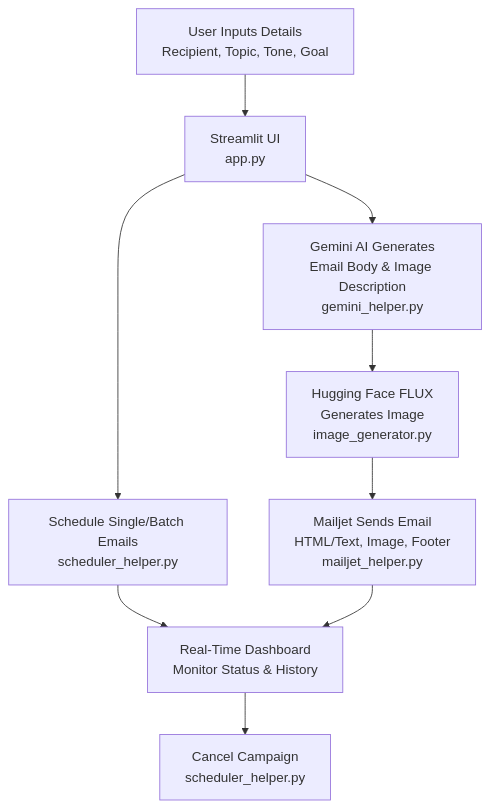
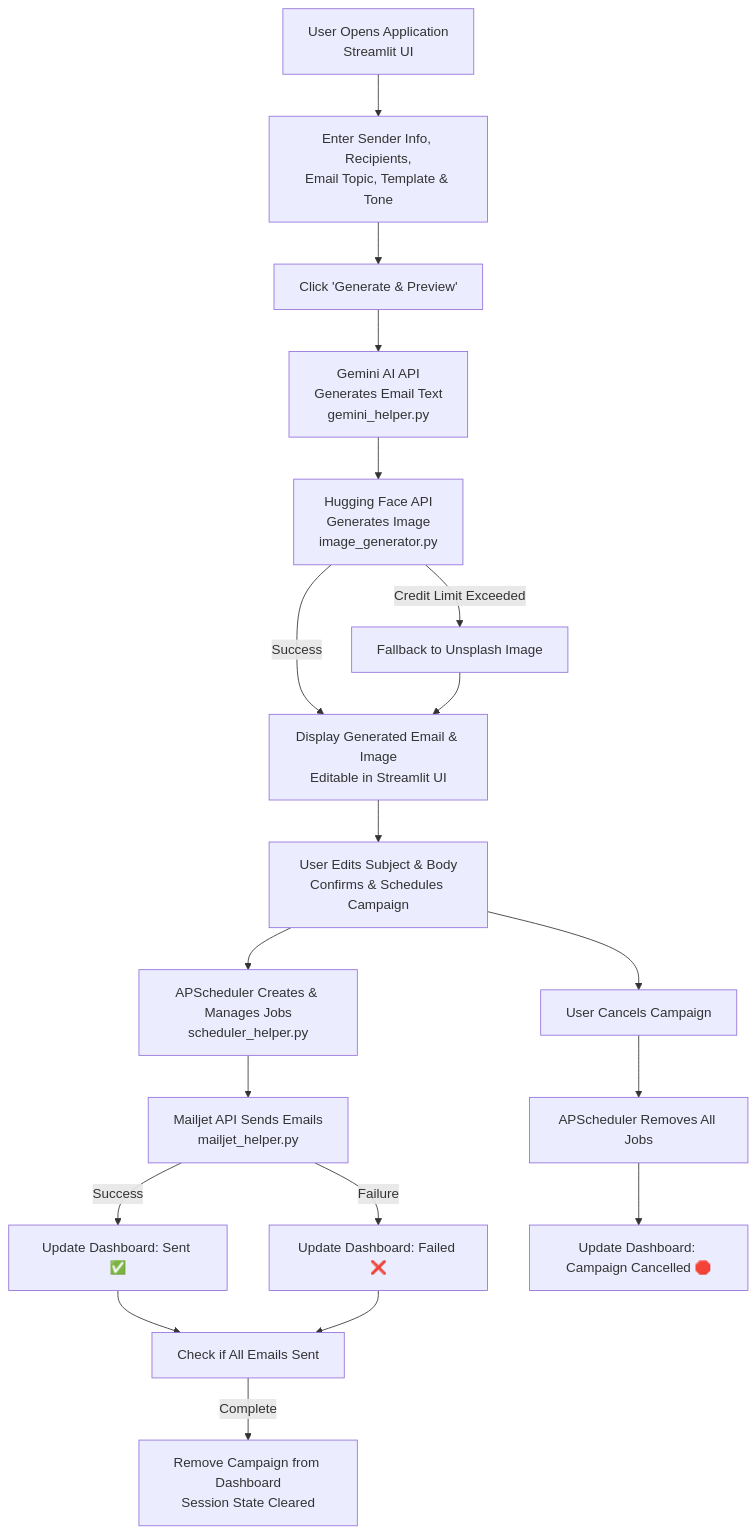
One commit to VishalArya123/AI-Outreach-Automation-Tool changed the second of 2 diagrams in README.md. Above: the diagram before and after it, drawn with Mermaid. The commit also changed other lines of this file, not shown here.

````diff
--- a/README.md
+++ b/README.md
@@ -120,11 +143,26 @@
 ```mermaid
 graph TD
-    A[User Inputs Details<br>Recipient, Topic, Tone, Goal] --> B[Streamlit UI<br>app.py]
-    B --> C[Gemini AI Generates<br>Email Body & Image Description<br>gemini_helper.py]
-    C --> D[Hugging Face FLUX<br>Generates Image<br>image_generator.py]
-    D --> E[Mailjet Sends Email<br>HTML/Text, Image, Footer<br>mailjet_helper.py]
-    B --> F[Schedule Single/Batch Emails<br>scheduler_helper.py]
-    F --> G[Real-Time Dashboard<br>Monitor Status & History]
-    E --> G
-    G --> H[Cancel Campaign<br>scheduler_helper.py]
+    A[User Opens Application<br>Streamlit UI] --> B[Enter Sender Info, Recipients,<br>Email Topic, Template & Tone]
+    B --> C[Click 'Generate & Preview']
+    C --> D[Gemini AI API<br>Generates Email Text<br>gemini_helper.py]
+    D --> E[Hugging Face API<br>Generates Image<br>image_generator.py]
+    
+    E -->|Success| F[Display Generated Email & Image<br>Editable in Streamlit UI]
+    E -->|Credit Limit Exceeded| G[Fallback to Unsplash Image]
+    G --> F
+
+    F --> H[User Edits Subject & Body<br>Confirms & Schedules Campaign]
+    H --> I[APScheduler Creates & Manages Jobs<br>scheduler_helper.py]
+    I --> J[Mailjet API Sends Emails<br>mailjet_helper.py]
+
+    J -->|Success| K[Update Dashboard: Sent ✅]
+    J -->|Failure| L[Update Dashboard: Failed ❌]
+
+    K --> M[Check if All Emails Sent]
+    L --> M
+    M -->|Complete| N[Remove Campaign from Dashboard<br>Session State Cleared]
+
+    H --> O[User Cancels Campaign]
+    O --> P[APScheduler Removes All Jobs]
+    P --> Q[Update Dashboard: Campaign Cancelled 🛑]
 ```
````
